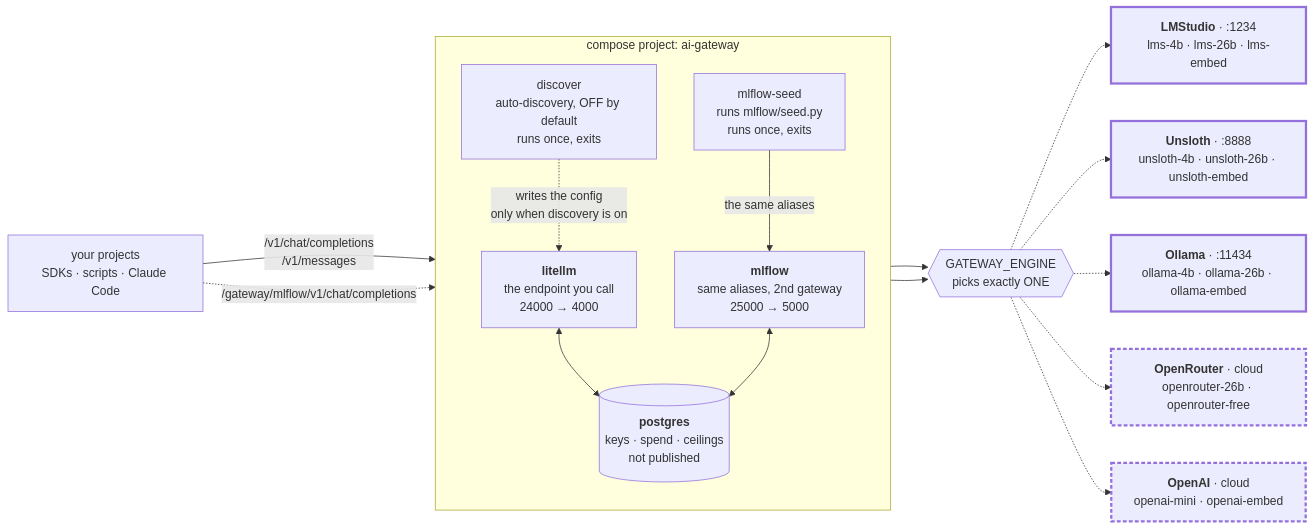
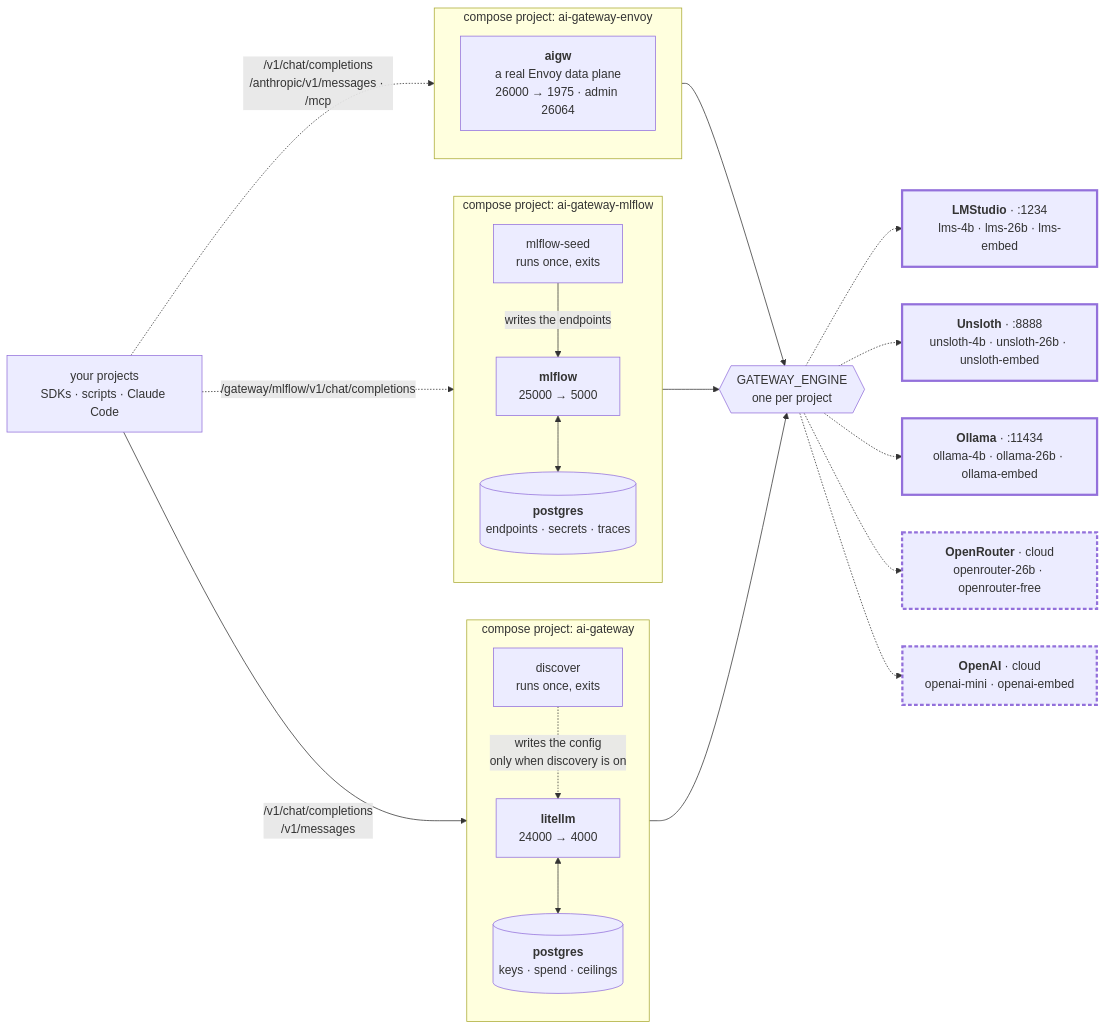
One commit to lukaskellerstein/ai-gateway changed the diagram in README.md. Above: the diagram before and after it, drawn with Mermaid. The commit also changed other lines of this file and 89 other files, not shown here.

````diff
--- a/README.md
+++ b/README.md
@@ -45,37 +55,49 @@
 ```mermaid
 flowchart LR
     callers["your projects<br/>SDKs · scripts · Claude Code"]
 
-    subgraph proj["compose project: ai-gateway"]
+    subgraph p1["compose project: ai-gateway"]
         direction TB
-        litellm["<b>litellm</b><br/>the endpoint you call<br/>24000 → 4000"]
-        mlf["<b>mlflow</b><br/>same aliases, 2nd gateway<br/>25000 → 5000"]
-        seed["mlflow-seed<br/>runs mlflow/seed.py<br/>runs once, exits"]
-        disc["discover<br/>auto-discovery, OFF by default<br/>runs once, exits"]
-        pg[("<b>postgres</b><br/>keys · spend · ceilings<br/>not published")]
-        litellm <--> pg
-        mlf <--> pg
-        seed -->|"the same aliases"| mlf
+        litellm["<b>litellm</b><br/>24000 → 4000"]
+        disc["discover<br/>runs once, exits"]
+        pg1[("<b>postgres</b><br/>keys · spend · ceilings")]
+        litellm <--> pg1
         disc -.->|"writes the config<br/>only when discovery is on"| litellm
     end
 
-    engine{{"GATEWAY_ENGINE<br/>picks exactly ONE"}}
+    subgraph p2["compose project: ai-gateway-mlflow"]
+        direction TB
+        mlf["<b>mlflow</b><br/>25000 → 5000"]
+        seed["mlflow-seed<br/>runs once, exits"]
+        pg2[("<b>postgres</b><br/>endpoints · secrets · traces")]
+        mlf <--> pg2
+        seed -->|"writes the endpoints"| mlf
+    end
+
+    subgraph p3["compose project: ai-gateway-envoy"]
+        direction TB
+        env["<b>aigw</b><br/>a real Envoy data plane<br/>26000 → 1975 · admin 26064"]
+    end
+
+    engine{{"GATEWAY_ENGINE<br/>one per project"}}
 
     lms["<b>LMStudio</b> · :1234<br/>lms-4b · lms-26b · lms-embed"]
     uns["<b>Unsloth</b> · :8888<br/>unsloth-4b · unsloth-26b · unsloth-embed"]
     oll["<b>Ollama</b> · :11434<br/>ollama-4b · ollama-26b · ollama-embed"]
     orr["<b>OpenRouter</b> · cloud<br/>openrouter-26b · openrouter-free"]
     oai["<b>OpenAI</b> · cloud<br/>openai-mini · openai-embed"]
 
     callers -->|"/v1/chat/completions<br/>/v1/messages"| litellm
     callers -.->|"/gateway/mlflow/v1/chat/completions"| mlf
+    callers -.->|"/v1/chat/completions<br/>/anthropic/v1/messages · /mcp"| env
     litellm --> engine
     mlf --> engine
+    env --> engine
     engine -.-> lms & uns & oll
     engine -.-> orr & oai
 
     classDef onhost stroke-width:3px
     classDef paid stroke-width:3px,stroke-dasharray: 5 3
     class lms,uns,oll onhost
     class orr,oai paid
 ```
````
